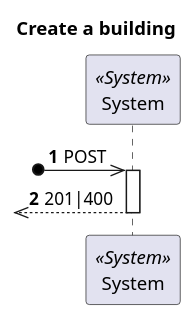
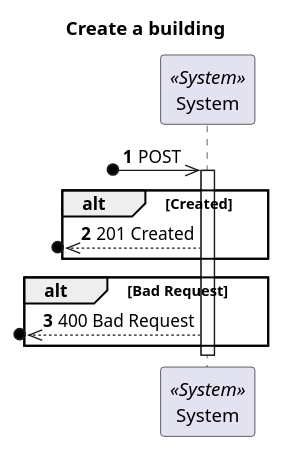
Before and after one commit to 1210910/lapr5: the diagram in docs/Vista Processo/US150/ProcessView_Level1_US150.puml, drawn with PlantUML. The commit also changed 14 other files, not shown here.

Commit message:
Update Level 3 Process Diagrams

```diff
--- a/docs/Vista Processo/US150/ProcessView_Level1_US150.puml
+++ b/docs/Vista Processo/US150/ProcessView_Level1_US150.puml
@@ -1,18 +1,24 @@
 @startuml
 'https://plantuml.com/sequence-diagram
 
 autonumber
 skinparam packageStyle rect
 
 title Create a building
 
 participant "System" as Sys <<System>>
 
 ?o->> Sys : POST
 
 activate Sys
-?o<<-- Sys : 201|400
+alt Created
+   ?o<<--Sys : 201 Created
+end
+alt Bad Request
+   ?o<<--Sys : 400 Bad Request
+end
+
 deactivate Sys
 
 
 @enduml
```
